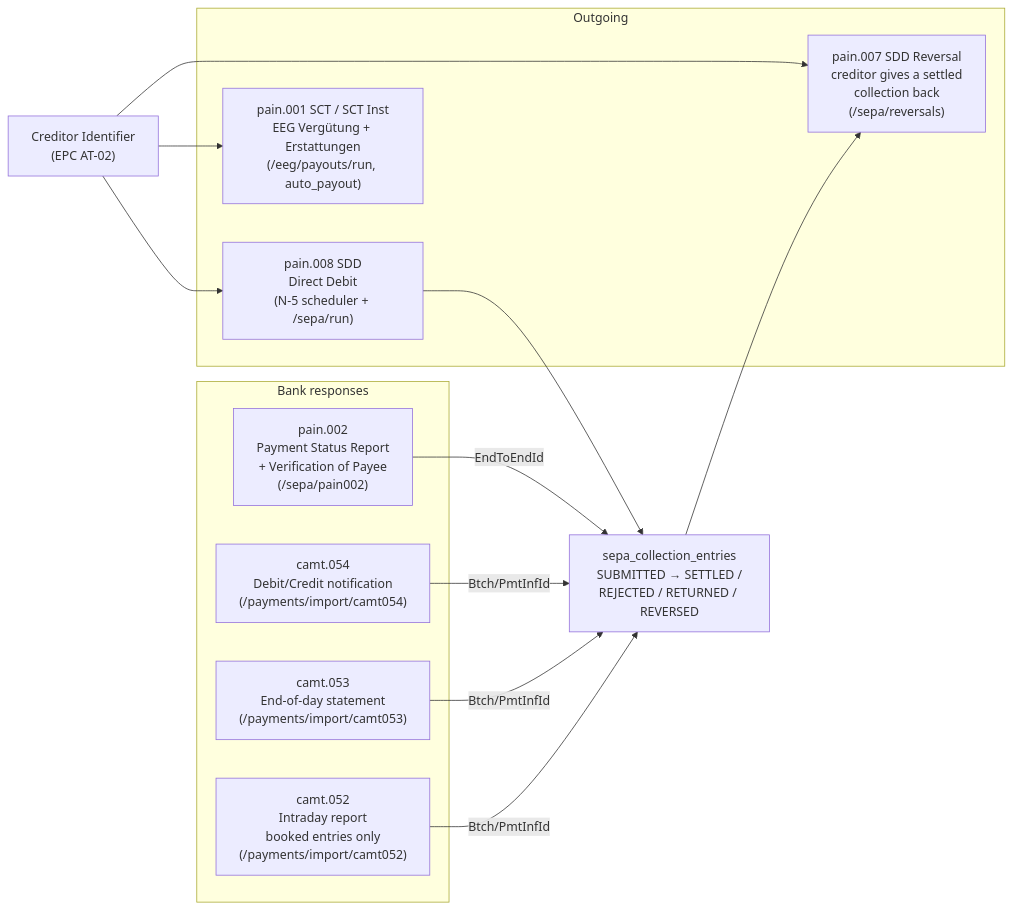
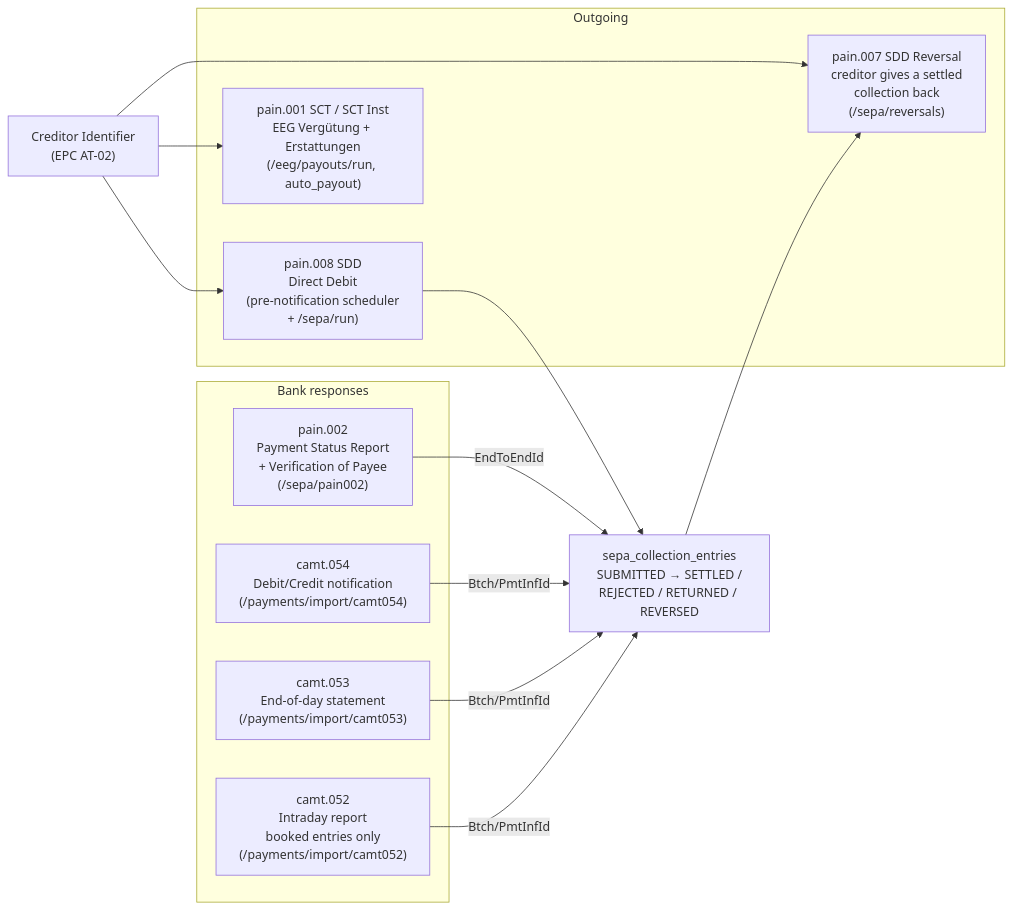
The fourth of 5 diagrams in site/content/docs/services/accountingd.md (hupe1980/mako), drawn with Mermaid before and after one commit. The commit also changed other lines of this file and 490 other files, not shown here.

````diff
--- a/site/content/docs/services/accountingd.md
+++ b/site/content/docs/services/accountingd.md
@@ -1117,25 +1154,25 @@
 ```mermaid
 graph LR
     subgraph out ["Outgoing"]
-        pain008["pain.008 SDD<br/>Direct Debit<br/>(N-5 scheduler + /sepa/run)"]
+        pain008["pain.008 SDD<br/>Direct Debit<br/>(pre-notification scheduler<br/>+ /sepa/run)"]
         pain001["pain.001 SCT / SCT Inst<br/>EEG Vergütung + Erstattungen<br/>(/eeg/payouts/run, auto_payout)"]
         pain007["pain.007 SDD Reversal<br/>creditor gives a settled<br/>collection back<br/>(/sepa/reversals)"]
     end
     subgraph in ["Bank responses"]
         pain002["pain.002<br/>Payment Status Report<br/>+ Verification of Payee<br/>(/sepa/pain002)"]
         camt053["camt.053<br/>End-of-day statement<br/>(/payments/import/camt053)"]
         camt054["camt.054<br/>Debit/Credit notification<br/>(/payments/import/camt054)"]
         camt052["camt.052<br/>Intraday report<br/>booked entries only<br/>(/payments/import/camt052)"]
     end
     entries["sepa_collection_entries<br/>SUBMITTED → SETTLED /<br/>REJECTED / RETURNED / REVERSED"]
     creditor["Creditor Identifier<br/>(EPC AT-02)"]
     creditor --> pain008
     creditor --> pain001
     creditor --> pain007
     pain008 --> entries
     pain002 -->|EndToEndId| entries
     camt054 -->|Btch/PmtInfId| entries
     camt053 -->|Btch/PmtInfId| entries
     camt052 -->|Btch/PmtInfId| entries
     entries --> pain007
 ```
````
